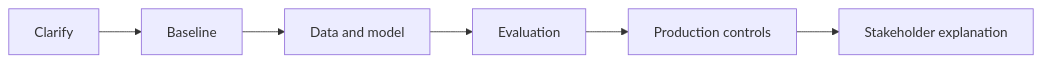
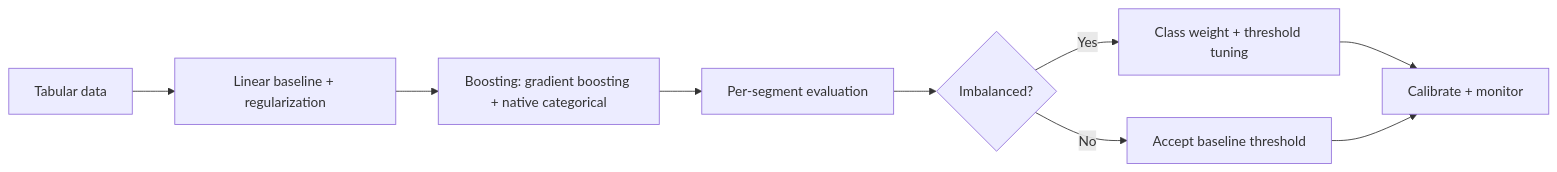
One commit to Icon1cc/Machine-Learning changed the diagram in interview-prep/07-classical-ml-interview-questions.md. Above: the diagram before and after it, drawn with Mermaid. The commit also changed other lines of this file and 264 other files, not shown here.

````diff
--- a/interview-prep/07-classical-ml-interview-questions.md
+++ b/interview-prep/07-classical-ml-interview-questions.md
@@ -98,8 +157,11 @@
 ```mermaid
 flowchart LR
-    A[Clarify] --> B[Baseline]
-    B --> C[Data and model]
-    C --> D[Evaluation]
-    D --> E[Production controls]
-    E --> F[Stakeholder explanation]
+    A[Tabular data] --> B[Linear baseline + regularization]
+    B --> C[Boosting: gradient boosting + native categorical]
+    C --> D[Per-segment evaluation]
+    D --> E{Imbalanced?}
+    E -- Yes --> F[Class weight + threshold tuning]
+    E -- No --> G[Accept baseline threshold]
+    F --> H[Calibrate + monitor]
+    G --> H
 ```
````
